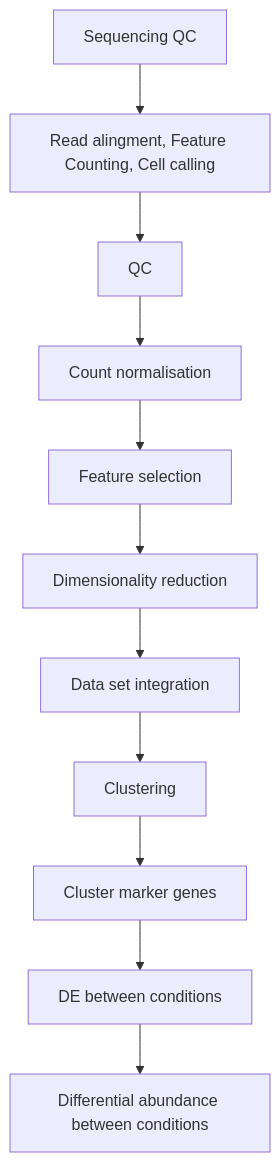
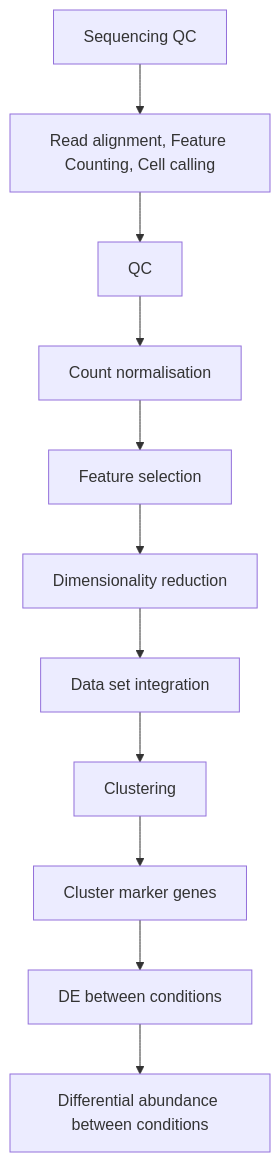
One commit to GenomicsAotearoa/scRNA-seq-data-analysis changed the diagram in docs/index.md. Above: the diagram before and after it, drawn with Mermaid. The commit also changed other lines of this file and 1 other file, not shown here.

````diff
--- a/docs/index.md
+++ b/docs/index.md
@@ -15,4 +20,4 @@
 ```mermaid
 flowchart TD
-    id1["Sequencing QC"] --> id2["Read alingment, Feature Counting, Cell calling"] --> id3["QC"] --> id4["Count normalisation"] --> id5["Feature selection"] --> id6["Dimensionality reduction"] --> id7["Data set integration"] --> id8["Clustering"] --> id9["Cluster marker genes"] --> id10["DE between conditions"] --> id11["Differential abundance between conditions"]
+    id1["Sequencing QC"] --> id2["Read alignment, Feature Counting, Cell calling"] --> id3["QC"] --> id4["Count normalisation"] --> id5["Feature selection"] --> id6["Dimensionality reduction"] --> id7["Data set integration"] --> id8["Clustering"] --> id9["Cluster marker genes"] --> id10["DE between conditions"] --> id11["Differential abundance between conditions"]
 ```
````
